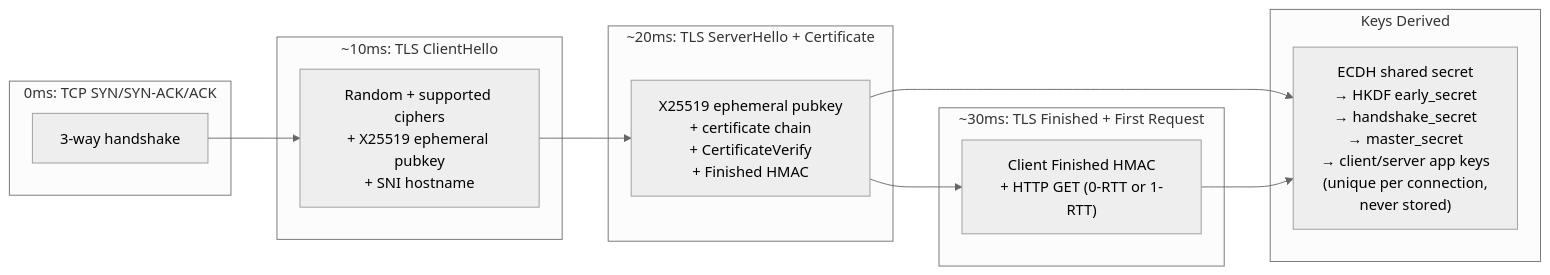
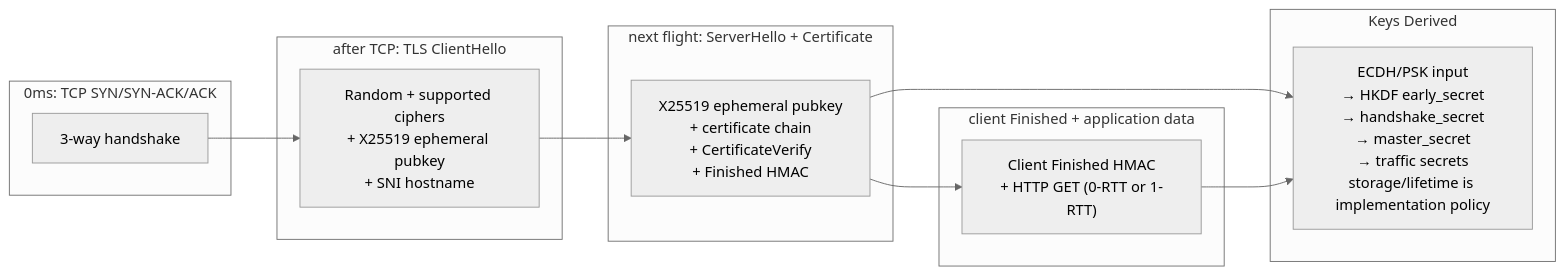
Diagram 16 of 20 in content/docs/books/cs-reference/ko/security-internals.md (choisimo/document), drawn with Mermaid (neutral theme) before and after one commit. The commit also changed other lines of this file and 504 other files, not shown here.

````diff
--- a/content/docs/books/cs-reference/ko/security-internals.md
+++ b/content/docs/books/cs-reference/ko/security-internals.md
@@ -430,21 +440,21 @@
 ```mermaid
 flowchart LR
     subgraph "0ms: TCP SYN/SYN-ACK/ACK"
         TCP["3-way handshake"]
     end
-    subgraph "~10ms: TLS ClientHello"
+    subgraph "after TCP: TLS ClientHello"
         CH["Random + supported ciphers\n+ X25519 ephemeral pubkey\n+ SNI hostname"]
     end
-    subgraph "~20ms: TLS ServerHello + Certificate"
+    subgraph "next flight: ServerHello + Certificate"
         SH["X25519 ephemeral pubkey\n+ certificate chain\n+ CertificateVerify\n+ Finished HMAC"]
     end
-    subgraph "~30ms: TLS Finished + First Request"
+    subgraph "client Finished + application data"
         FIN["Client Finished HMAC\n+ HTTP GET (0-RTT or 1-RTT)"]
     end
     subgraph "Keys Derived"
-        KEYS["ECDH shared secret\n→ HKDF early_secret\n→ handshake_secret\n→ master_secret\n→ client/server app keys\n(unique per connection,\nnever stored)"]
+        KEYS["ECDH/PSK input\n→ HKDF early_secret\n→ handshake_secret\n→ master_secret\n→ traffic secrets\nstorage/lifetime is implementation policy"]
     end
     TCP --> CH --> SH --> FIN
     SH --> KEYS
     FIN --> KEYS
 ```
````
